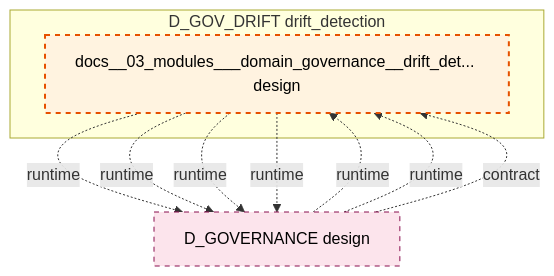
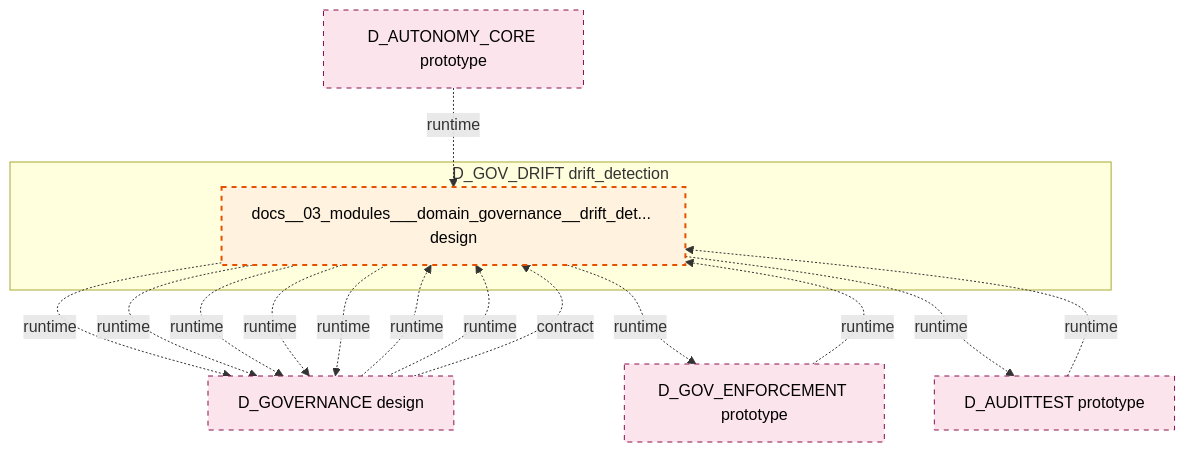
One commit to xuanFelixVan/ZephyrAlpha changed the diagram in docs/02_enterprise_architecture/02_domain_architecture_docs/34_d_gov_drift.md. Above: the diagram before and after it, drawn with Mermaid. The commit also changed other lines of this file and 99 other files, not shown here.

````diff
--- a/docs/02_enterprise_architecture/02_domain_architecture_docs/34_d_gov_drift.md
+++ b/docs/02_enterprise_architecture/02_domain_architecture_docs/34_d_gov_drift.md
@@ -47,20 +47,29 @@
 ```mermaid
 graph TD
     subgraph D_GOV_DRIFT["D_GOV_DRIFT drift_detection"]
         docs_03_modules_domain_governance_drift_detector_blueprint_md["docs__03_modules___domain_governance__drift_det... design"]
     end
     D_GOVERNANCE["D_GOVERNANCE design"]
     docs_03_modules_domain_governance_drift_detector_blueprint_md -.->|runtime| D_GOVERNANCE
     docs_03_modules_domain_governance_drift_detector_blueprint_md -.->|runtime| D_GOVERNANCE
+    D_GOV_ENFORCEMENT["D_GOV_ENFORCEMENT prototype"]
+    docs_03_modules_domain_governance_drift_detector_blueprint_md -.->|runtime| D_GOV_ENFORCEMENT
+    D_AUDITTEST["D_AUDITTEST prototype"]
+    docs_03_modules_domain_governance_drift_detector_blueprint_md -.->|runtime| D_AUDITTEST
     docs_03_modules_domain_governance_drift_detector_blueprint_md -.->|runtime| D_GOVERNANCE
     docs_03_modules_domain_governance_drift_detector_blueprint_md -.->|runtime| D_GOVERNANCE
+    docs_03_modules_domain_governance_drift_detector_blueprint_md -.->|runtime| D_GOVERNANCE
+    D_GOV_ENFORCEMENT -.->|runtime| docs_03_modules_domain_governance_drift_detector_blueprint_md
     D_GOVERNANCE -.->|runtime| docs_03_modules_domain_governance_drift_detector_blueprint_md
     D_GOVERNANCE -.->|runtime| docs_03_modules_domain_governance_drift_detector_blueprint_md
     D_GOVERNANCE -.->|contract| docs_03_modules_domain_governance_drift_detector_blueprint_md
+    D_AUTONOMY_CORE["D_AUTONOMY_CORE prototype"]
+    D_AUTONOMY_CORE -.->|runtime| docs_03_modules_domain_governance_drift_detector_blueprint_md
+    D_AUDITTEST -.->|runtime| docs_03_modules_domain_governance_drift_detector_blueprint_md
     classDef production fill:#e1f5fe,stroke:#01579b,stroke-width:2px,color:#000
     classDef design fill:#fff3e0,stroke:#e65100,stroke-width:2px,color:#000,stroke-dasharray: 5 5
     classDef external_prod fill:#e8f5e9,stroke:#1b5e20,stroke-width:1px,color:#000
     classDef external_design fill:#fce4ec,stroke:#880e4f,stroke-width:1px,color:#000,stroke-dasharray: 5 5
     class docs_03_modules_domain_governance_drift_detector_blueprint_md design
-    class D_GOVERNANCE external_design
+    class D_GOVERNANCE,D_GOV_ENFORCEMENT,D_AUDITTEST,D_AUTONOMY_CORE external_design
 ```
````
